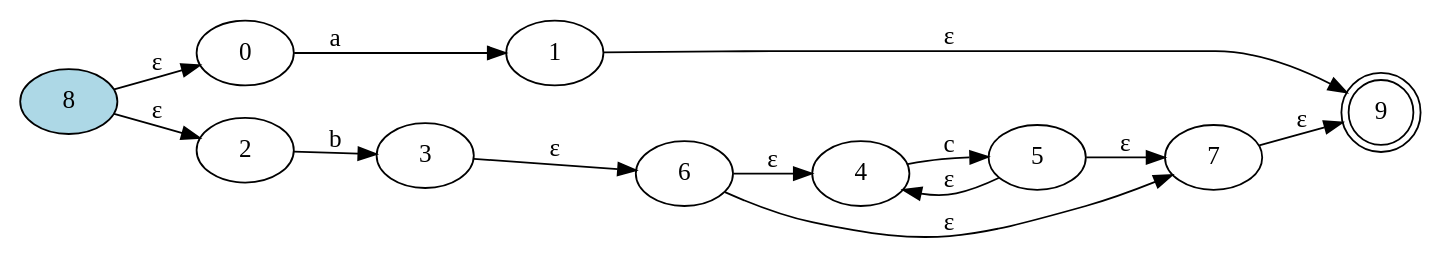
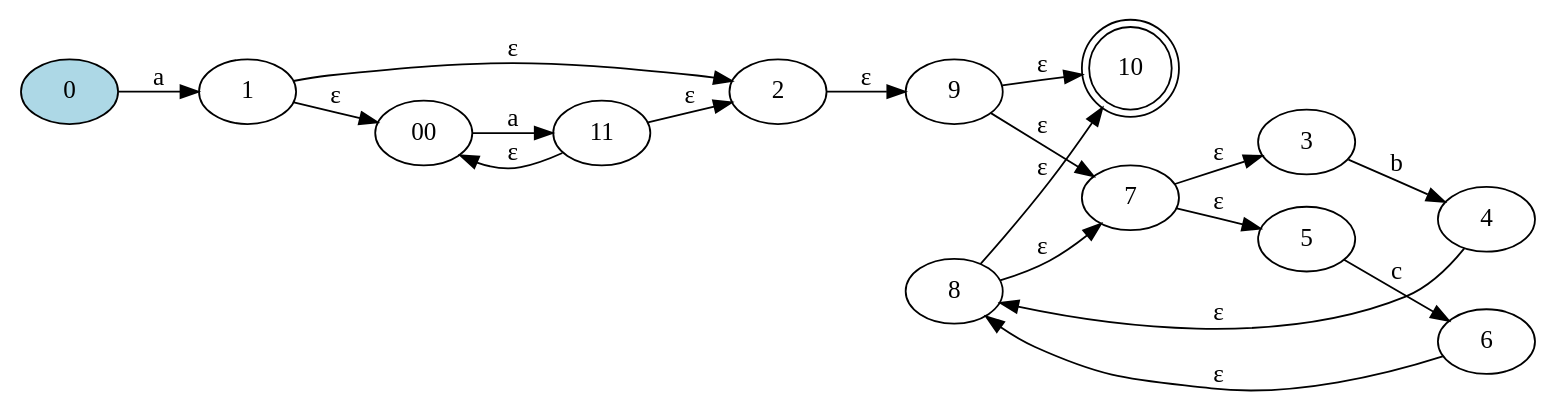
The diagram in NDFA.dot (Daniel-Sima/Clone-of-the-egrep-UNIX-command), drawn with Graphviz before and after one commit. The commit also changed 12 other files, not shown here.

```diff
--- a/NDFA.dot
+++ b/NDFA.dot
@@ -1,19 +1,24 @@
 digraph {
 	rankdir=LR;
 
-	9 [shape=doublecircle]
-	8 [style=filled, fillcolor="lightblue"]
+	10 [shape=doublecircle]
+	0 [style=filled, fillcolor="lightblue"]
 
 	0->1 [label= "a"];
-	2->3 [label= "b"];
-	4->5 [label= "c"];
-	5->4 [label= "ε"];
-	6->4 [label= "ε"];
-	5->7 [label= "ε"];
-	6->7 [label= "ε"];
-	3->6 [label= "ε"];
-	8->0 [label= "ε"];
-	8->2 [label= "ε"];
-	1->9 [label= "ε"];
-	7->9 [label= "ε"];
+	00->11 [label= "a"];
+	1->00 [label= "ε"];
+	11->00 [label= "ε"];
+	1->2 [label= "ε"];
+	11->2 [label= "ε"];
+	3->4 [label= "b"];
+	5->6 [label= "c"];
+	7->3 [label= "ε"];
+	7->5 [label= "ε"];
+	4->8 [label= "ε"];
+	6->8 [label= "ε"];
+	8->7 [label= "ε"];
+	9->7 [label= "ε"];
+	8->10 [label= "ε"];
+	9->10 [label= "ε"];
+	2->9 [label= "ε"];
 }
```
